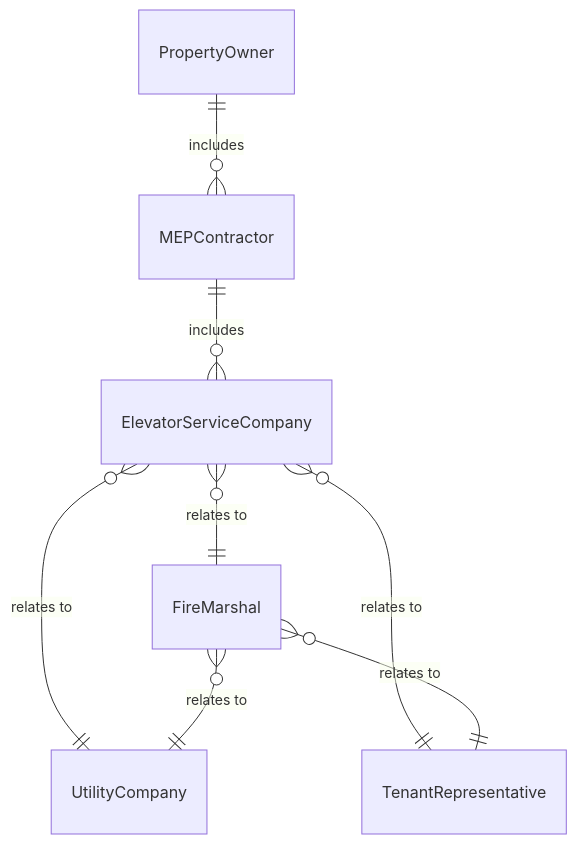
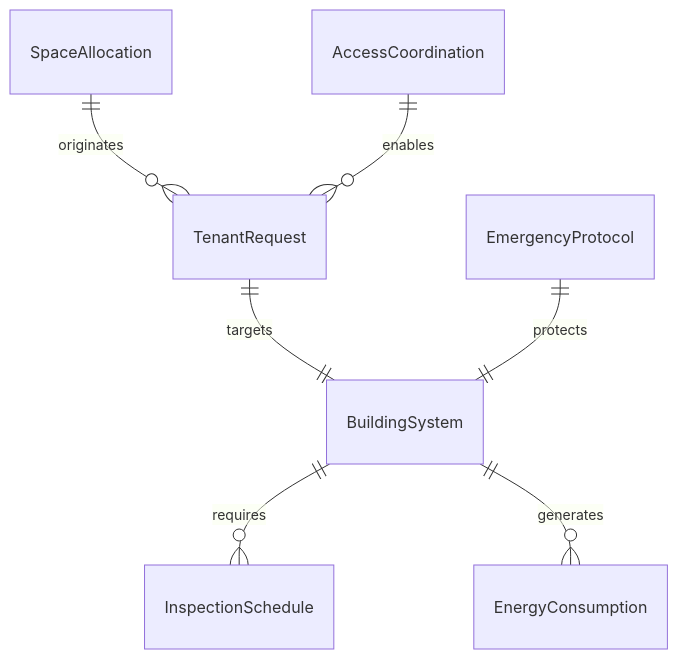
One commit to dot-org-ai/tasks.org.ai changed the first of 4 diagrams in GuidingDirectingAndMotivatingSubordinates/DirectOrganizationalOperationsActivitiesOrProcedures/DirectFacilityMaintenanceRepairActivities.mdx. Above: the diagram before and after it, drawn with Mermaid. The commit also changed other lines of this file and 515 other files, not shown here.

````diff
--- a/GuidingDirectingAndMotivatingSubordinates/DirectOrganizationalOperationsActivitiesOrProcedures/DirectFacilityMaintenanceRepairActivities.mdx
+++ b/GuidingDirectingAndMotivatingSubordinates/DirectOrganizationalOperationsActivitiesOrProcedures/DirectFacilityMaintenanceRepairActivities.mdx
@@ -92,10 +92,9 @@
 ```mermaid
 erDiagram
-    PropertyOwner ||--o{ MEPContractor : includes
-    MEPContractor ||--o{ ElevatorServiceCompany : includes
-    ElevatorServiceCompany }o--|| FireMarshal : "relates to"
-    ElevatorServiceCompany }o--|| UtilityCompany : "relates to"
-    ElevatorServiceCompany }o--|| TenantRepresentative : "relates to"
-    FireMarshal }o--|| UtilityCompany : "relates to"
-    FireMarshal }o--|| TenantRepresentative : "relates to"
+    TenantRequest ||--|| BuildingSystem : "targets"
+    BuildingSystem ||--o{ InspectionSchedule : "requires"
+    BuildingSystem ||--o{ EnergyConsumption : "generates"
+    SpaceAllocation ||--o{ TenantRequest : "originates"
+    EmergencyProtocol ||--|| BuildingSystem : "protects"
+    AccessCoordination ||--o{ TenantRequest : "enables"
 ```
````
